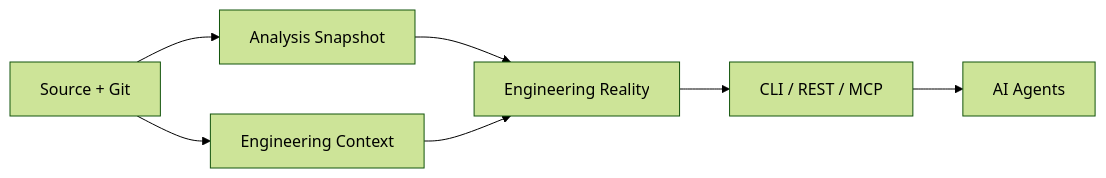
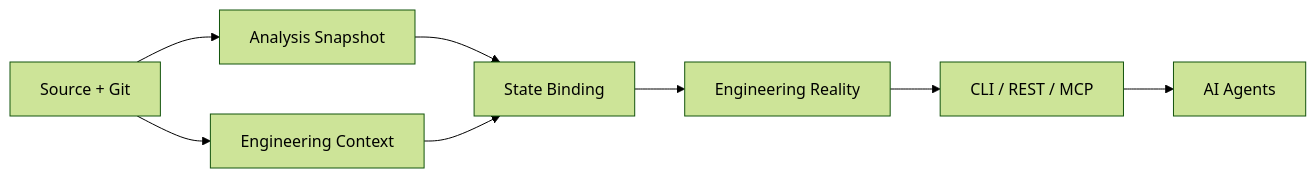
Before and after one commit to sonii-shivansh/CodeContext: the second of 3 diagrams in docs/ENGINEERING_REALITY.md, drawn with Mermaid (forest theme). The commit also changed other lines of this file and 3 other files, not shown here.

First line of the commit message:
fix: bind engineering reality to analyzed repository state

````diff
--- a/docs/ENGINEERING_REALITY.md
+++ b/docs/ENGINEERING_REALITY.md
@@ -28,9 +57,10 @@
 ```mermaid
 flowchart LR
     A[Source + Git] --> B[Analysis Snapshot]
     A --> C[Engineering Context]
-    B --> D[Engineering Reality]
+    B --> D[State Binding]
     C --> D
-    D --> E[CLI / REST / MCP]
-    E --> F[AI Agents]
+    D --> E[Engineering Reality]
+    E --> F[CLI / REST / MCP]
+    F --> G[AI Agents]
 ```
````
